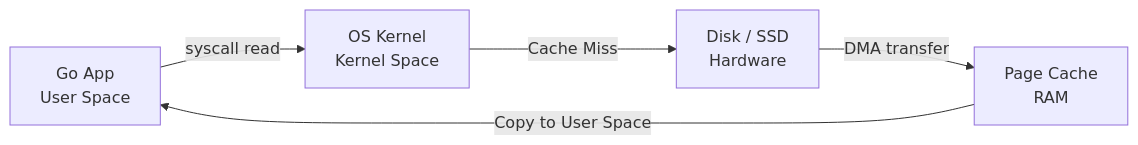
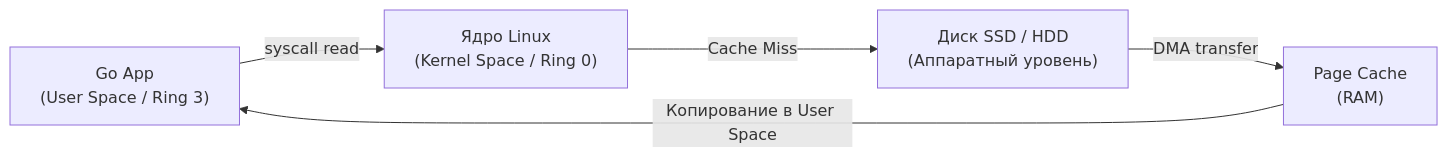
One commit to UnrealTemplier/go-textbook changed the diagram in sources/5. Учебник по Go (Основы и синтаксис)/29. Работа с файлами и IO.md. Above: the diagram before and after it, drawn with Mermaid. The commit also changed other lines of this file, not shown here.

````diff
--- a/sources/5. Учебник по Go (Основы и синтаксис)/29. Работа с файлами и IO.md
+++ b/sources/5. Учебник по Go (Основы и синтаксис)/29. Работа с файлами и IO.md
@@ -88,7 +96,7 @@
 ```mermaid
 flowchart LR
-    A["Go App<br>User Space"] -->|"syscall read"| B["OS Kernel<br>Kernel Space"]
-    B -->|"Cache Miss"| C["Disk / SSD<br>Hardware"]
-    C -->|"DMA transfer"| D["Page Cache<br>RAM"]
-    D -->|"Copy to User Space"| A
+    A["Go App<br/>(User Space / Ring 3)"] -->|"syscall read"| B["Ядро Linux<br/>(Kernel Space / Ring 0)"]
+    B -->|"Cache Miss"| C["Диск SSD / HDD<br/>(Аппаратный уровень)"]
+    C -->|"DMA transfer"| D["Page Cache<br/>(RAM)"]
+    D -->|"Копирование в User Space"| A
 ```
````
